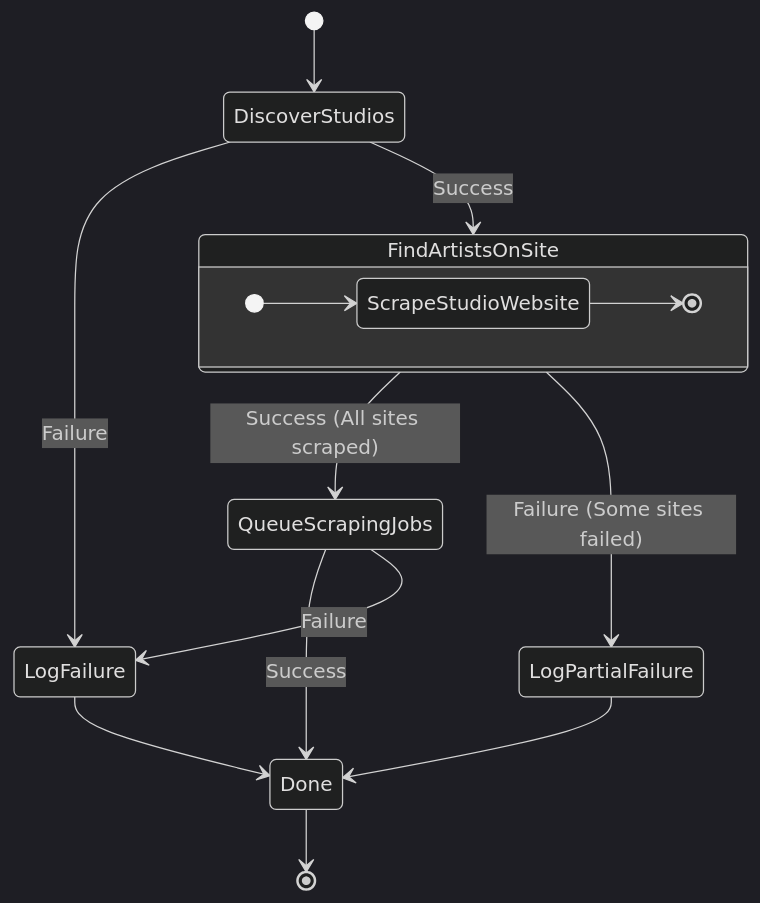
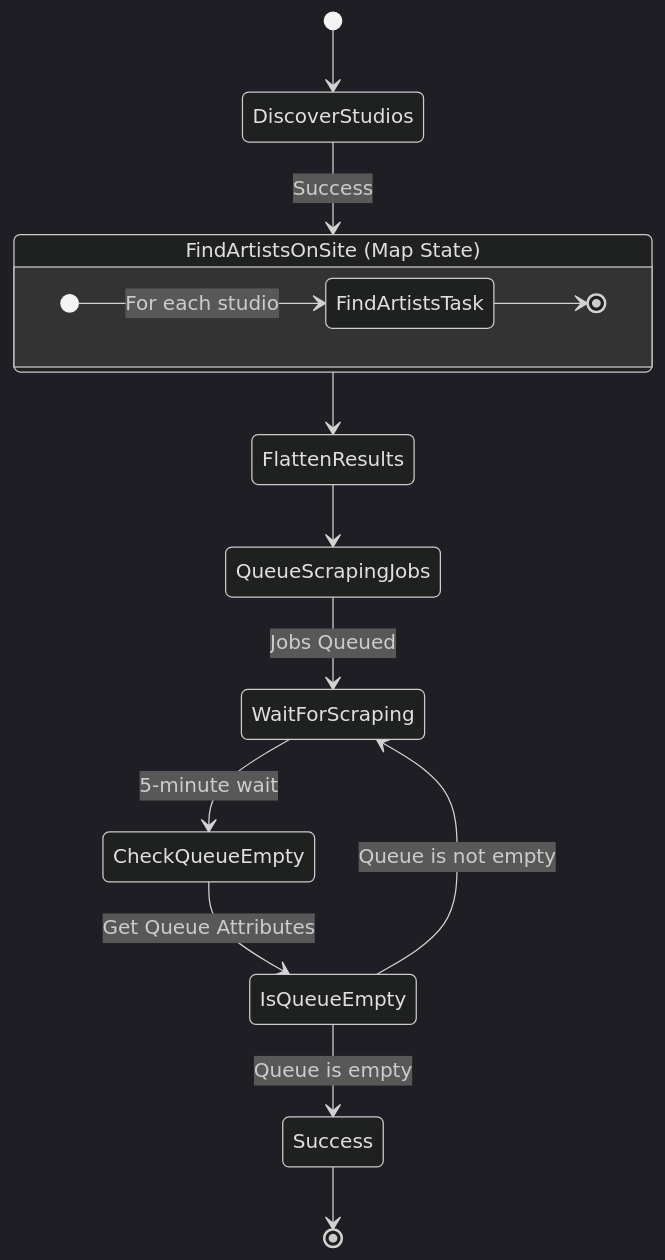
Before and after one commit to White-IT-Solutions/TattooDirectory: diagram 13 of 15 in docs/HLD Doc Tattoo Artist Directory MVP.md, drawn with Mermaid (dark theme). The commit also changed other lines of this file and 20 other files, not shown here.

Commit message:
Major component architecture & documentation allignment. See comments for details.

````diff
--- a/docs/HLD Doc Tattoo Artist Directory MVP.md
+++ b/docs/HLD Doc Tattoo Artist Directory MVP.md
@@ -1335,21 +1422,21 @@
 ```mermaid
-    stateDiagram-v2
-        [*] --> DiscoverStudios
-        DiscoverStudios --> FindArtistsOnSite: Success
-        DiscoverStudios --> LogFailure: Failure
-
-        state FindArtistsOnSite {
-            direction LR
-            [*] --> ScrapeStudioWebsite
-            ScrapeStudioWebsite --> [*]
-        }
-        FindArtistsOnSite --> QueueScrapingJobs: Success (All sites scraped)
-        FindArtistsOnSite --> LogPartialFailure: Failure (Some sites failed)
-
-        QueueScrapingJobs --> Done: Success
-        QueueScrapingJobs --> LogFailure: Failure
-
-        LogPartialFailure --> Done
-        LogFailure --> Done
-        Done --> [*]
+    stateDiagram
+    direction TB
+    state FindArtistsOnSite {
+        direction LR
+        [*] --> FindArtistsTask:For each studio
+        FindArtistsTask --> [*]
+    [*]    FindArtistsTask
+    [*]  }
+    [*] --> DiscoverStudios
+    DiscoverStudios --> FindArtistsOnSite:Success
+    FindArtistsOnSite --> FlattenResults
+    FlattenResults --> QueueScrapingJobs
+    QueueScrapingJobs --> WaitForScraping:Jobs Queued
+    WaitForScraping --> CheckQueueEmpty:5-minute wait
+    CheckQueueEmpty --> IsQueueEmpty:Get Queue Attributes
+    IsQueueEmpty --> Success:Queue is empty
+    IsQueueEmpty --> WaitForScraping:Queue is not empty
+    Success --> [*]
+    FindArtistsOnSite:FindArtistsOnSite (Map State)
 ```
````
